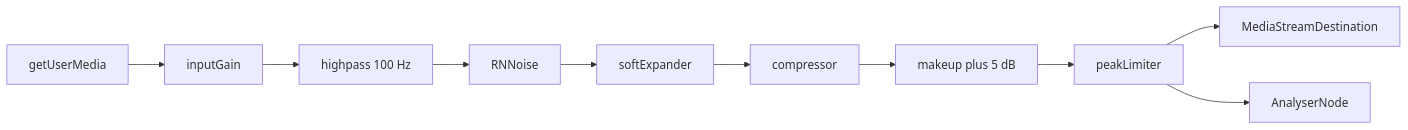
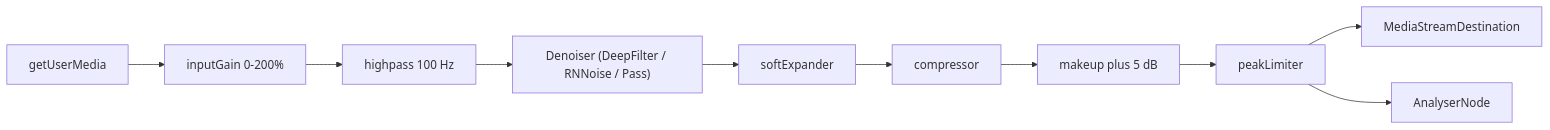
One commit to Quenary/konvoez changed the first of 2 diagrams in docs/frontend/NOISE_SUPPRESSION.md. Above: the diagram before and after it, drawn with Mermaid. The commit also changed other lines of this file and 39 other files, not shown here.

````diff
--- a/docs/frontend/NOISE_SUPPRESSION.md
+++ b/docs/frontend/NOISE_SUPPRESSION.md
@@ -15,12 +47,12 @@
 ```mermaid
 flowchart LR
-  mic[getUserMedia] --> gain[inputGain]
+  mic[getUserMedia] --> gain[inputGain 0-200%]
   gain --> hpf[highpass 100 Hz]
-  hpf --> rnnoise[RNNoise]
-  rnnoise --> expander[softExpander]
+  hpf --> denoiser["Denoiser (DeepFilter / RNNoise / Pass)"]
+  denoiser --> expander[softExpander]
   expander --> comp[compressor]
   comp --> makeup[makeup plus 5 dB]
   makeup --> limiter[peakLimiter]
   limiter --> dest[MediaStreamDestination]
   limiter --> analyser[AnalyserNode]
 ```
````
